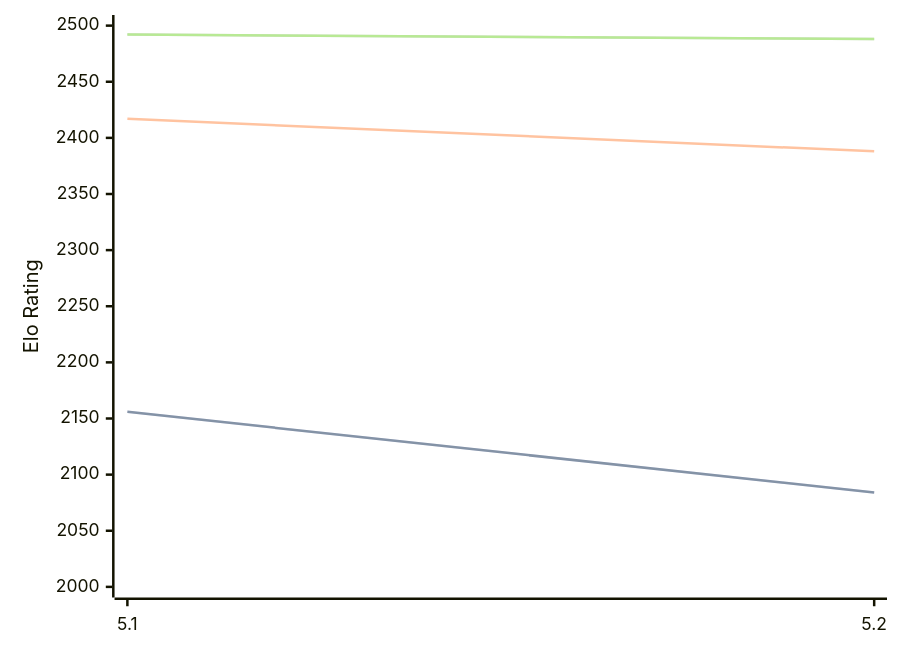
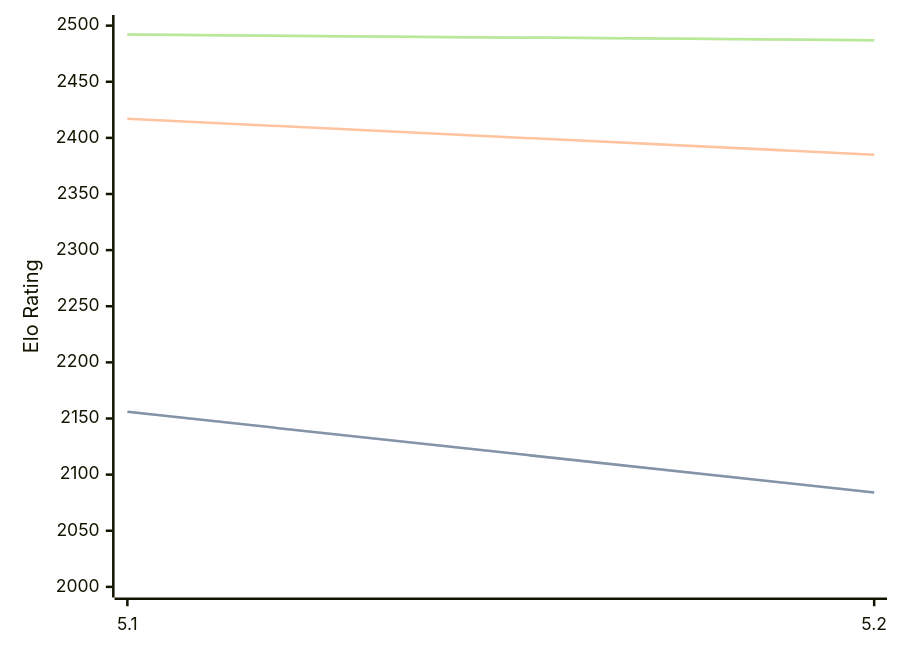
Before and after one commit to computer-chess-index/cci: the third of 3 diagrams in engines/Prophet.md, drawn with Mermaid. The commit also changed other lines of this file, not shown here.

Commit message:
Update CCI Ratings (ELO VLTC) - 2026-07-15

````diff
--- a/engines/Prophet.md
+++ b/engines/Prophet.md
@@ -71,11 +71,11 @@
 ```mermaid
 %%{init: {"theme":"base","themeVariables":{"seriesColors:['#a3a3a3','#222221','#faa371']}}}%%
 xychart-beta
   x-axis ["5.1", "5.2"]
   y-axis "Elo Rating" 2000 --> 2500
   line "STC (8.0+0.08s)" [2156, 2084]
   line "STC (8.0+0.08s)" [2156, 2084]
-  line "LTC (60.0+0.60s)" [2417, 2388]
-  line "VLTC (2m24s+1.12s)" [2492, 2488]
-  line "VLTC (2m24s+1.12s)" [2492, 2488]
+  line "LTC (60.0+0.60s)" [2417, 2385]
+  line "VLTC (2m24s+1.12s)" [2492, 2487]
+  line "VLTC (2m24s+1.12s)" [2492, 2487]
 ```
````
